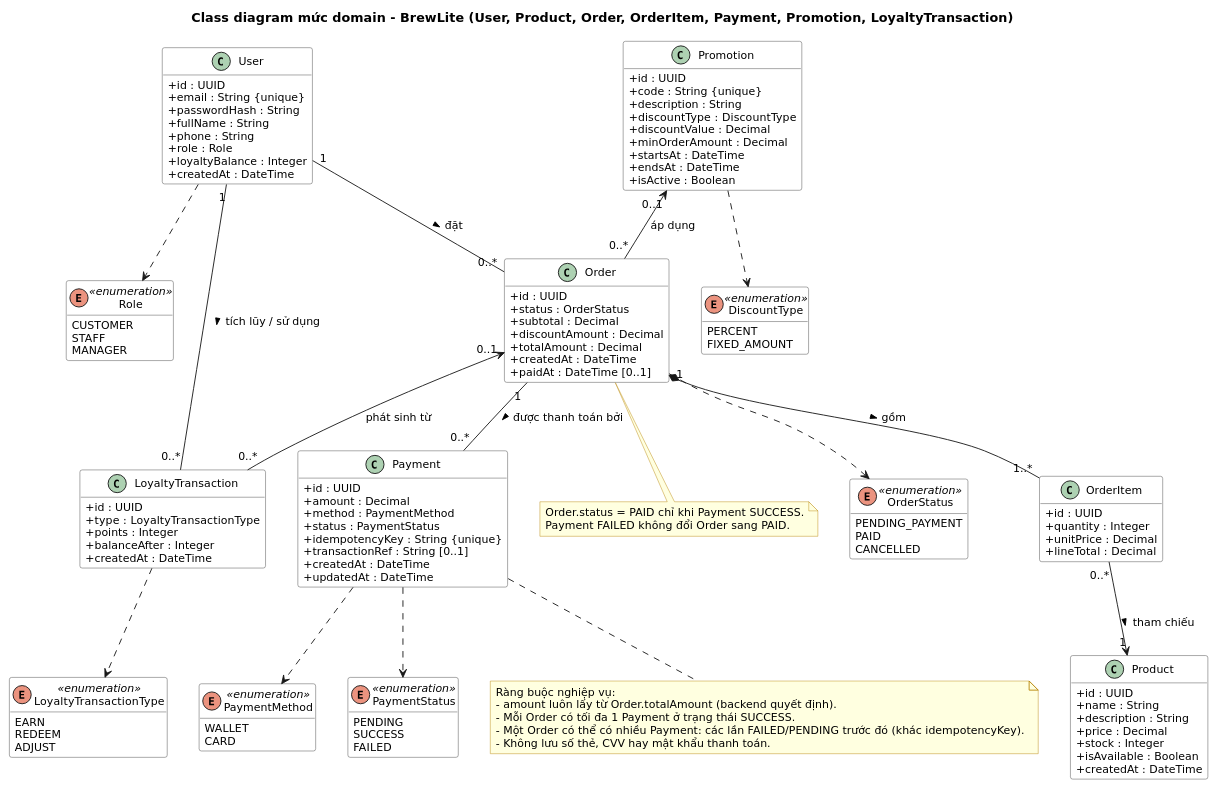
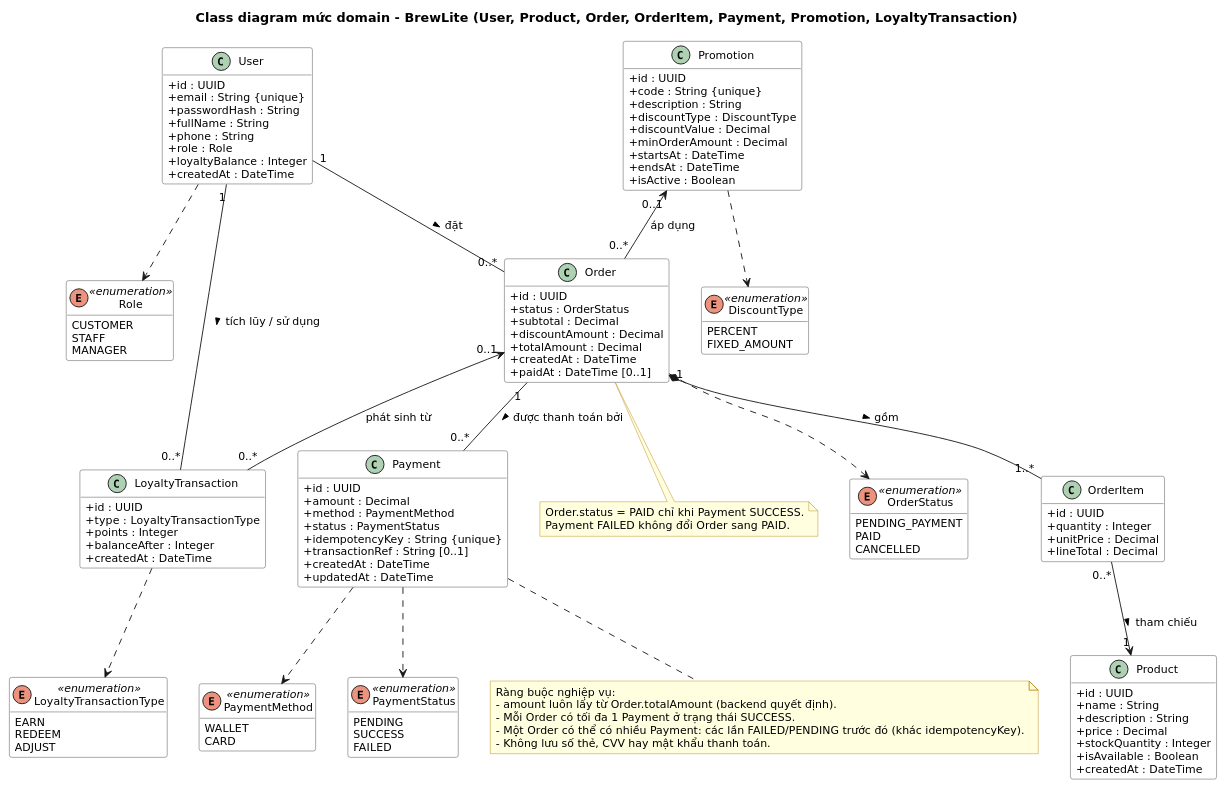
One commit to supergigachadsupreme300/brewlite2 changed the diagram in docs/diagrams/class-domain.puml. Above: the diagram before and after it, drawn with PlantUML. The commit also changed 2 other files, not shown here.

Commit message:
sửa main diagram dựa trên các functions

```diff
--- a/docs/diagrams/class-domain.puml
+++ b/docs/diagrams/class-domain.puml
@@ -1,144 +1,144 @@
 @startuml class-domain
 title Class diagram mức domain – BrewLite (User, Product, Order, OrderItem, Payment, Promotion, LoyaltyTransaction)
 
 skinparam defaultFontName "DejaVu Sans"
 skinparam defaultFontSize 12
 skinparam shadowing false
 skinparam classAttributeIconSize 0
 skinparam ClassBackgroundColor #FFFFFF
 skinparam ClassBorderColor #444444
 skinparam NoteBackgroundColor #FFFFE0
 skinparam NoteBorderColor #B8860B
 hide empty methods
 
 enum Role <<enumeration>> {
   CUSTOMER
   STAFF
   MANAGER
 }
 
 enum OrderStatus <<enumeration>> {
   PENDING_PAYMENT
   PAID
   CANCELLED
 }
 
 enum PaymentMethod <<enumeration>> {
   WALLET
   CARD
 }
 
 enum PaymentStatus <<enumeration>> {
   PENDING
   SUCCESS
   FAILED
 }
 
 enum DiscountType <<enumeration>> {
   PERCENT
   FIXED_AMOUNT
 }
 
 enum LoyaltyTransactionType <<enumeration>> {
   EARN
   REDEEM
   ADJUST
 }
 
 class User {
   +id : UUID
   +email : String {unique}
   +passwordHash : String
   +fullName : String
   +phone : String
   +role : Role
   +loyaltyBalance : Integer
   +createdAt : DateTime
 }
 
 class Product {
   +id : UUID
   +name : String
   +description : String
   +price : Decimal
-  +stock : Integer
+  +stockQuantity : Integer
   +isAvailable : Boolean
   +createdAt : DateTime
 }
 
 class Order {
   +id : UUID
   +status : OrderStatus
   +subtotal : Decimal
   +discountAmount : Decimal
   +totalAmount : Decimal
   +createdAt : DateTime
   +paidAt : DateTime [0..1]
 }
 
 class OrderItem {
   +id : UUID
   +quantity : Integer
   +unitPrice : Decimal
   +lineTotal : Decimal
 }
 
 class Payment {
   +id : UUID
   +amount : Decimal
   +method : PaymentMethod
   +status : PaymentStatus
   +idempotencyKey : String {unique}
   +transactionRef : String [0..1]
   +createdAt : DateTime
   +updatedAt : DateTime
 }
 
 class Promotion {
   +id : UUID
   +code : String {unique}
   +description : String
   +discountType : DiscountType
   +discountValue : Decimal
   +minOrderAmount : Decimal
   +startsAt : DateTime
   +endsAt : DateTime
   +isActive : Boolean
 }
 
 class LoyaltyTransaction {
   +id : UUID
   +type : LoyaltyTransactionType
   +points : Integer
   +balanceAfter : Integer
   +createdAt : DateTime
 }
 
 User "1" -- "0..*" Order : đặt >
 Order "1" *-- "1..*" OrderItem : gồm >
 OrderItem "0..*" --> "1" Product : tham chiếu >
 Order "1" -- "0..*" Payment : được thanh toán bởi >
 Promotion "0..1" <-- "0..*" Order : áp dụng
 User "1" -- "0..*" LoyaltyTransaction : tích lũy / sử dụng >
 Order "0..1" <-- "0..*" LoyaltyTransaction : phát sinh từ
 
 User ..> Role
 Order ..> OrderStatus
 Payment ..> PaymentMethod
 Payment ..> PaymentStatus
 Promotion ..> DiscountType
 LoyaltyTransaction ..> LoyaltyTransactionType
 
 note bottom of Payment
   Ràng buộc nghiệp vụ:
   - amount luôn lấy từ Order.totalAmount (backend quyết định).
   - Mỗi Order có tối đa 1 Payment ở trạng thái SUCCESS.
   - Một Order có thể có nhiều Payment: các lần FAILED/PENDING trước đó (khác idempotencyKey).
   - Không lưu số thẻ, CVV hay mật khẩu thanh toán.
 end note
 
 note bottom of Order
   Order.status = PAID chỉ khi Payment SUCCESS.
   Payment FAILED không đổi Order sang PAID.
 end note
 @enduml
```
